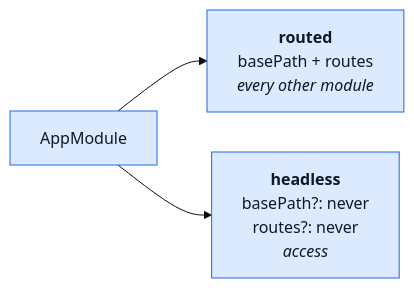
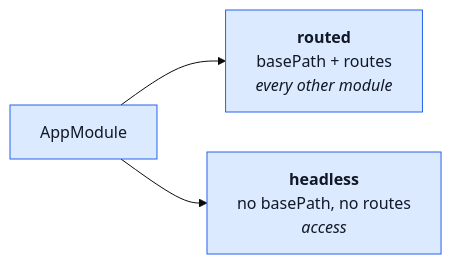
Before and after one commit to Guebbit/boilerplate-node-backend: the fifth of 7 diagrams in docs/theory/modules.md, drawn with Mermaid (base theme). The commit also changed other lines of this file and 26 other files, not shown here.

````diff
--- a/docs/theory/modules.md
+++ b/docs/theory/modules.md
@@ -476,11 +476,11 @@
 ```mermaid
 %%{init: {'flowchart': {'nodeSpacing': 40, 'rankSpacing': 50}}}%%
 flowchart LR
     IAM["AppModule"]
     R["<b>routed</b><br/>basePath + routes<br/><i>every other module</i>"]
-    H["<b>headless</b><br/>basePath?: never<br/>routes?: never<br/><i>access</i>"]
+    H["<b>headless</b><br/>no basePath, no routes<br/><i>access</i>"]
     IAM --> R
     IAM --> H
     classDef t fill:#dbeafe,stroke:#2563eb,color:#111827;
     class IAM,R,H t;
 ```
````
